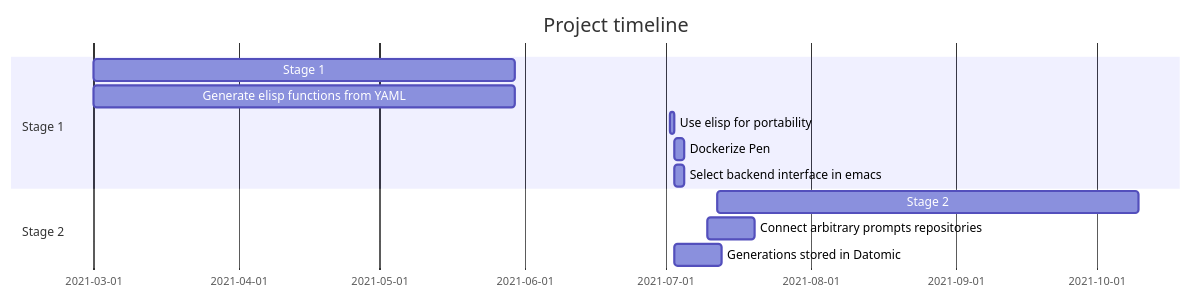
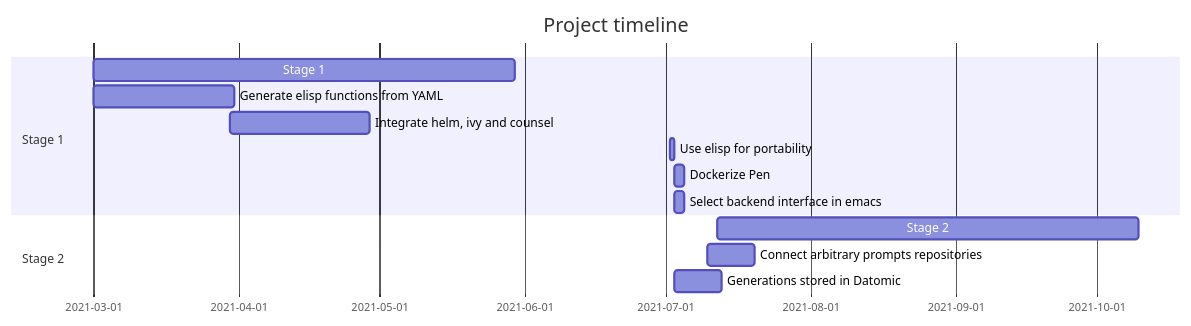
Before and after one commit to semiosis/pen.el: the diagram in docs/README.org, drawn with Mermaid. The commit also changed 1 other file, not shown here.

Commit message:
Fri 02 Jul 2021 16:08:12

```diff
--- a/docs/README.org
+++ b/docs/README.org
@@ -19,15 +19,16 @@
 #+BEGIN_SRC mermaid :results raw :file project-timeline.png
 gantt
         title Project timeline
         dateFormat  YYYY-MM-DD
         section Stage 1
         Stage 1    :s1, 2021-03-01, 90d
-        Generate elisp functions from YAML    :a1, 2021-03-01, 90d
+        Generate elisp functions from YAML    :a1, 2021-03-01, 30d
+        Integrate helm, ivy and counsel     :a3, 2021-03-30, 30d
         Use elisp for portability     :a2, 2021-07-02, 1d
         Dockerize Pen     :after a2  , 2d
         Select backend interface in emacs     :after a2  , 2d
         section Stage 2
         Stage 2   :s2, 2021-07-12, 90d
         Connect arbitrary prompts repositories :b1, 2021-07-10, 10d
         Generations stored in Datomic :after a2  , 10d
 #+END_SRC
```
